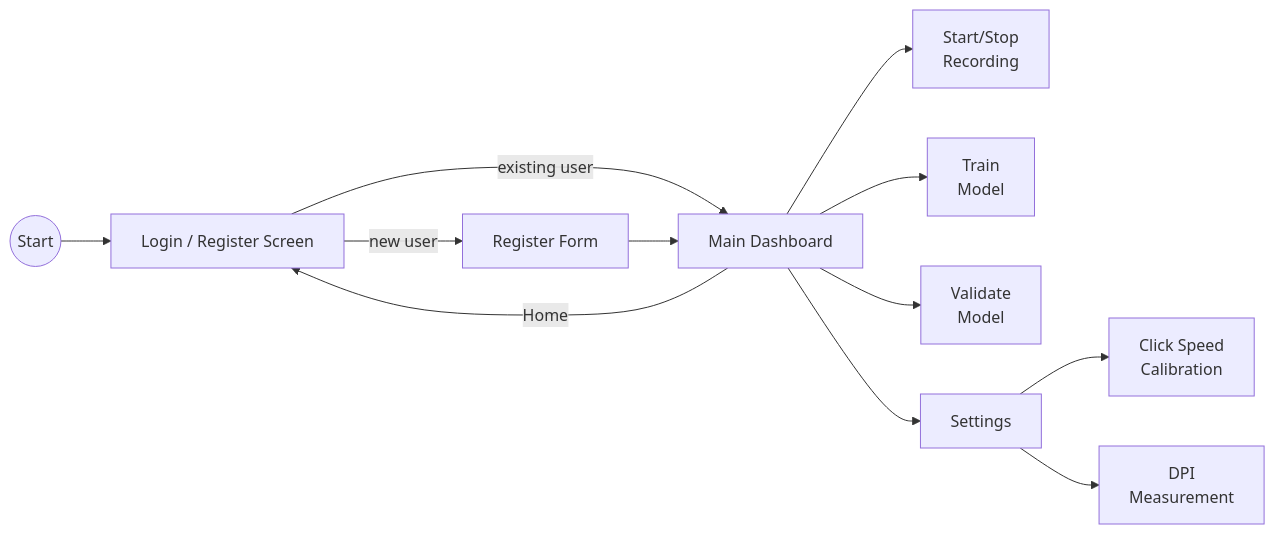
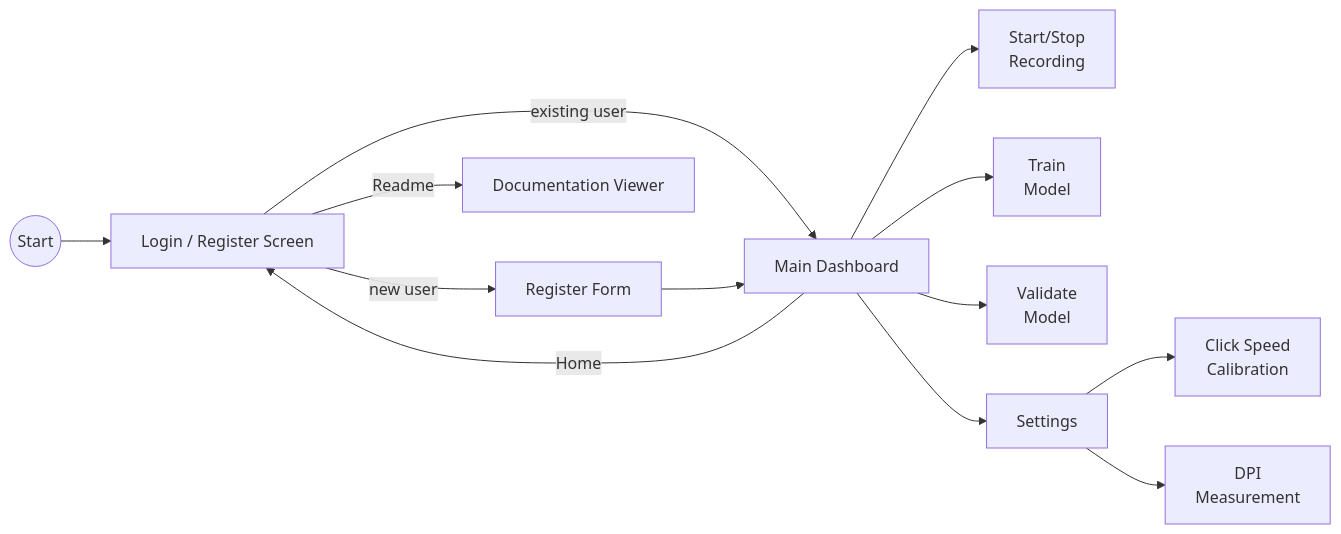
One commit to UVuruna/InputDNA changed the diagram in gui/__gui.md. Above: the diagram before and after it, drawn with Mermaid. The commit also changed other lines of this file and 6 other files, not shown here.

Commit message:
0.2.160 Readme documentation viewer — QWebEngineView browser with Mermaid, theme-aware color-scheme

````diff
--- a/gui/__gui.md
+++ b/gui/__gui.md
@@ -31,16 +32,17 @@
 ```mermaid
 flowchart LR
     START((Start)) --> LOGIN[Login / Register Screen]
     LOGIN -- "existing user" --> DASH[Main Dashboard]
     LOGIN -- "new user" --> REG[Register Form]
+    LOGIN -- "Readme" --> README[Documentation Viewer]
     REG --> DASH
 
     DASH -- "Home" --> LOGIN
     DASH --> REC["Start/Stop\nRecording"]
     DASH --> TRAIN["Train\nModel"]
     DASH --> VAL["Validate\nModel"]
     DASH --> SETTINGS["Settings"]
 
     SETTINGS --> CAL_CLICK["Click Speed\nCalibration"]
     SETTINGS --> CAL_DPI["DPI\nMeasurement"]
 ```
````
